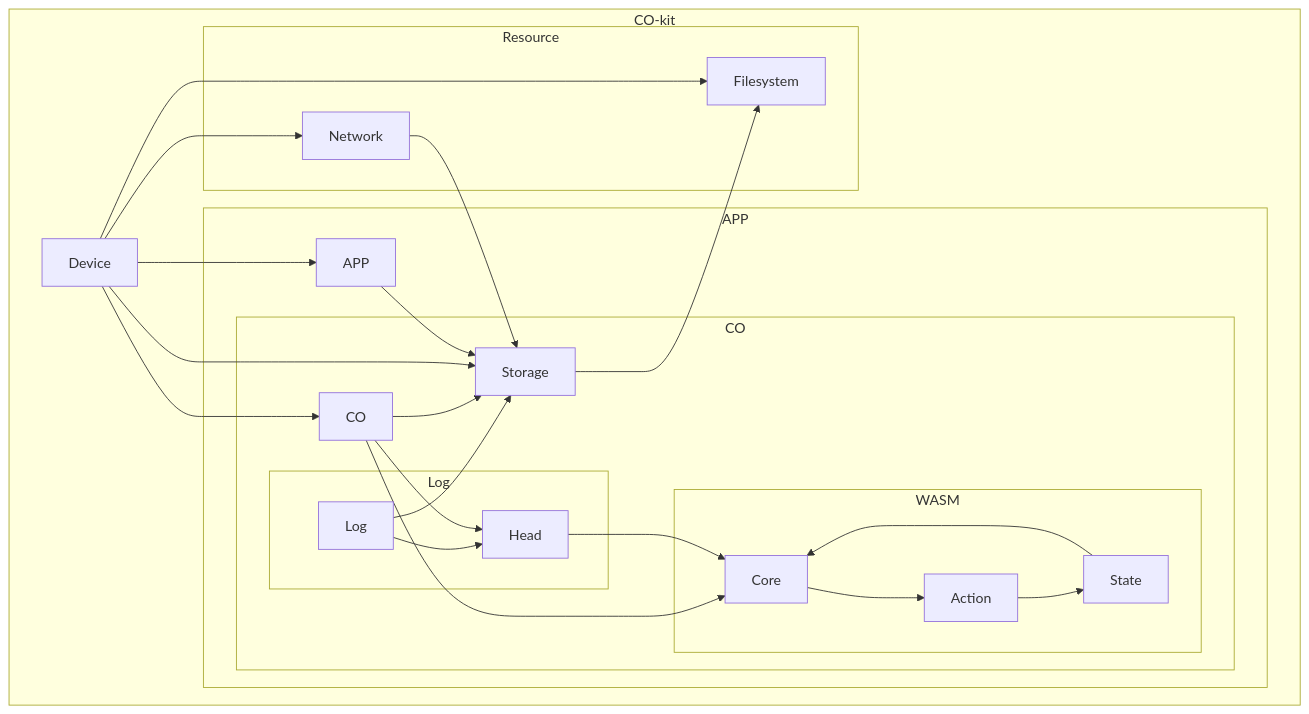
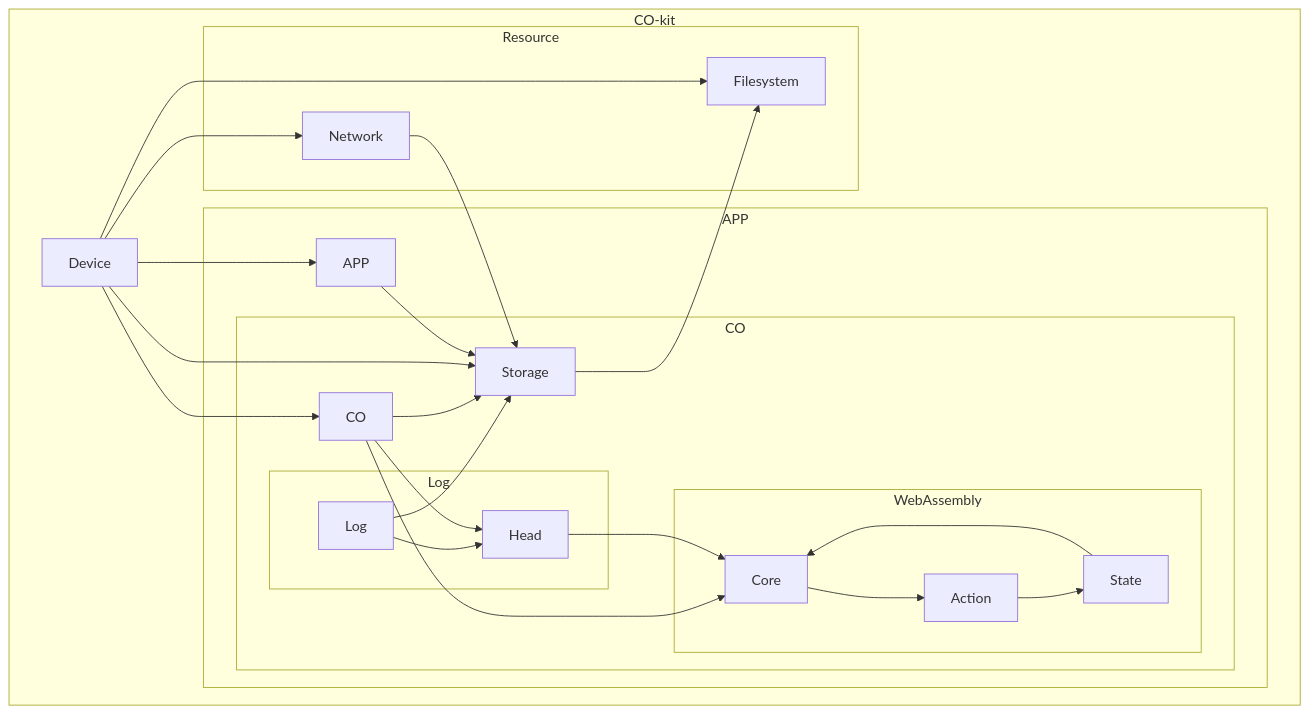
The diagram in docs/src/reference/architecture.md (1iolabs/cokit), drawn with Mermaid before and after one commit. The commit also changed other lines of this file and 6 other files, not shown here.

Commit message:
docs: more architecture

````diff
--- a/docs/src/reference/architecture.md
+++ b/docs/src/reference/architecture.md
@@ -3,43 +24,43 @@
 ```mermaid
 flowchart TD
 	subgraph CO-kit
 		D["Device"]
 		subgraph Resource
 			F["Filesystem"]
 			N["Network"]
 		end
 		subgraph APP
 			B["APP"]
 			subgraph CO
 				C["CO"]
 				S["Storage"]
 				subgraph Log
 					L["Log"]
 					H["Head"]
 				end
-				subgraph WASM
+				subgraph WebAssembly
 					R["Core"]
 					A["Action"]
 					M["State"]
 				end
 			end
 		end
 	end
 	L --> S
 	L --> H
 	C --> R
 	C --> H
 	C --> S
 	M --> R
 	R --> A
 	H --> R
 	N --> S
 	D --> S
 	D --> C
 	D --> N
 	D --> F
 	D --> B
 	S --> F
 	A --> M
 	B --> S
 ```
````
